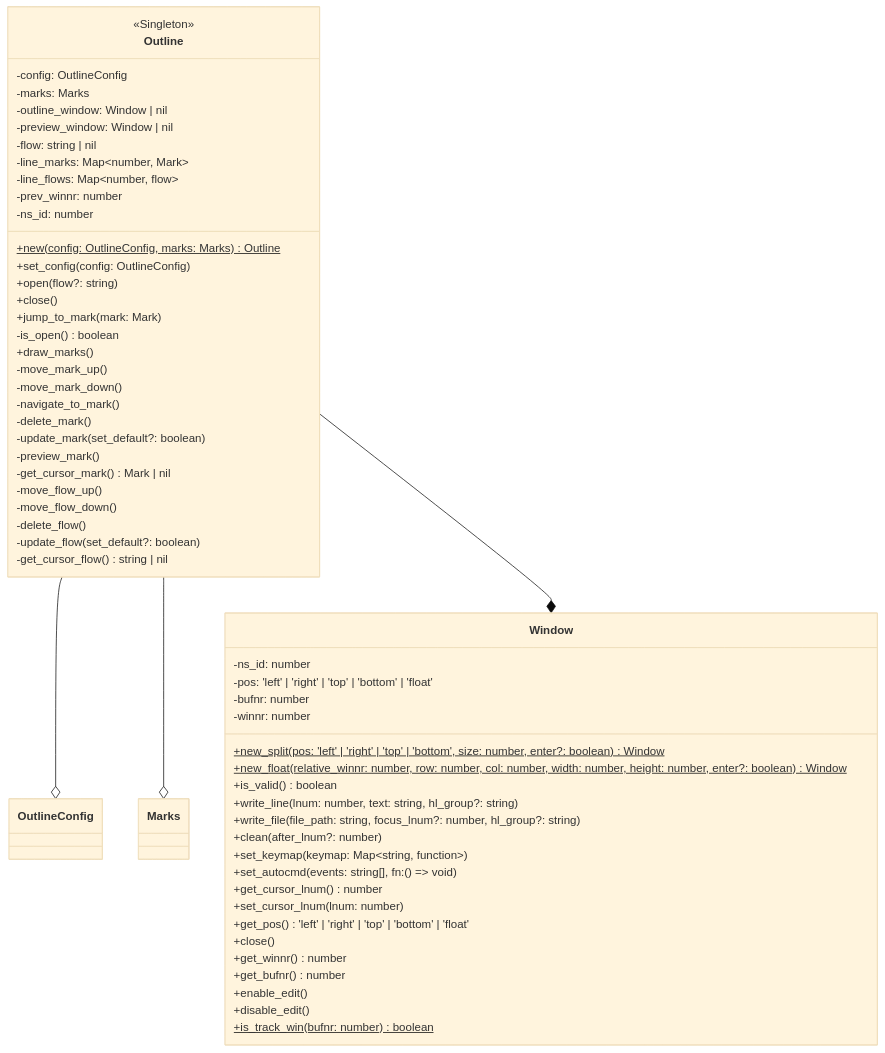
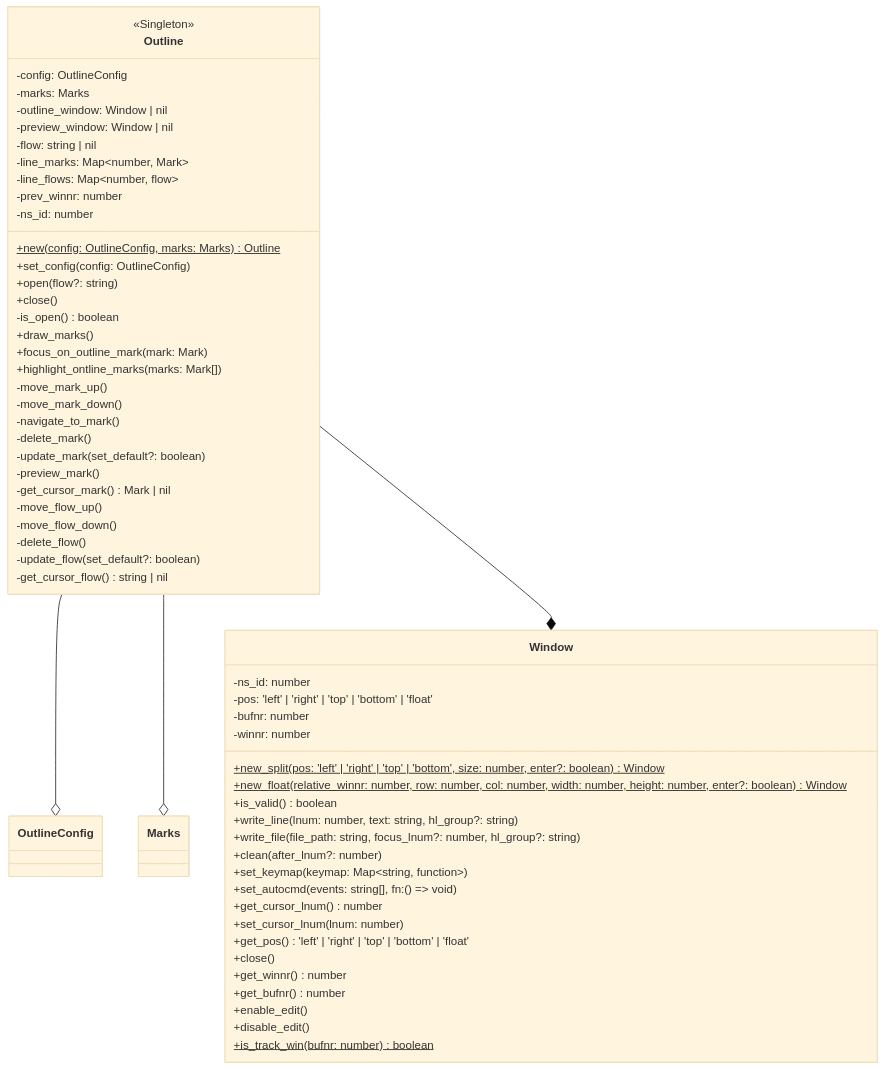
One commit to niuiic/track.nvim changed diagram 19 of 24 in DESIGN.md. Above: the diagram before and after it, drawn with Mermaid (base theme). The commit also changed other lines of this file and 3 other files, not shown here.

Commit message:
feat: highlight cursor marks on outline

````diff
--- a/DESIGN.md
+++ b/DESIGN.md
@@ -447,69 +447,70 @@
 ```mermaid
 classDiagram
     Outline --o OutlineConfig
     Outline --o Marks
     Outline --* Window
     class Outline {
         <<Singleton>>
 
         -config: OutlineConfig
         -marks: Marks
         -outline_window: Window | nil
         -preview_window: Window | nil
         -flow: string | nil
         -line_marks: Map~number, Mark~
         -line_flows: Map~number, flow~
         -prev_winnr: number
         -ns_id: number
 
         %% new
         +new(config: OutlineConfig, marks: Marks)$ Outline
         %% config
         +set_config(config: OutlineConfig)
         %% outline
         +open(flow?: string)
         +close()
-        +jump_to_mark(mark: Mark)
         -is_open() boolean
         %% mark
         +draw_marks()
+        +focus_on_outline_mark(mark: Mark)
+        +highlight_ontline_marks(marks: Mark[])
         -move_mark_up()
         -move_mark_down()
         -navigate_to_mark()
         -delete_mark()
         -update_mark(set_default?: boolean)
         -preview_mark()
         -get_cursor_mark() Mark | nil
         %% flow
         -move_flow_up()
         -move_flow_down()
         -delete_flow()
         -update_flow(set_default?: boolean)
         -get_cursor_flow() string | nil
     }
 
     class Window {
         -ns_id: number
         -pos: 'left' | 'right' | 'top' | 'bottom' | 'float'
         -bufnr: number
         -winnr: number
 
         +new_split(pos: 'left' | 'right' | 'top' | 'bottom', size: number, enter?: boolean)$ Window
         +new_float(relative_winnr: number, row: number, col: number, width: number, height: number, enter?: boolean)$ Window
         +is_valid() boolean
         +write_line(lnum: number, text: string, hl_group?: string)
         +write_file(file_path: string, focus_lnum?: number, hl_group?: string)
         +clean(after_lnum?: number)
         +set_keymap(keymap: Map~string, function~)
         +set_autocmd(events: string[], fn: () => void)
         +get_cursor_lnum() number
         +set_cursor_lnum(lnum: number)
         +get_pos() 'left' | 'right' | 'top' | 'bottom' | 'float'
         +close()
         +get_winnr() number
         +get_bufnr() number
         +enable_edit()
         +disable_edit()
         +is_track_win(bufnr: number)$ boolean
     }
 ```
````
